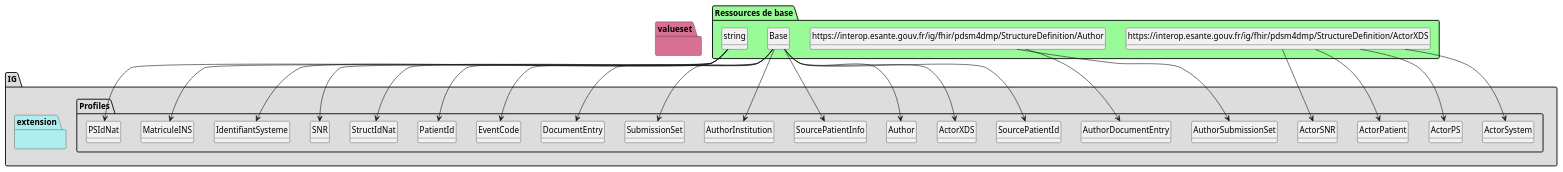
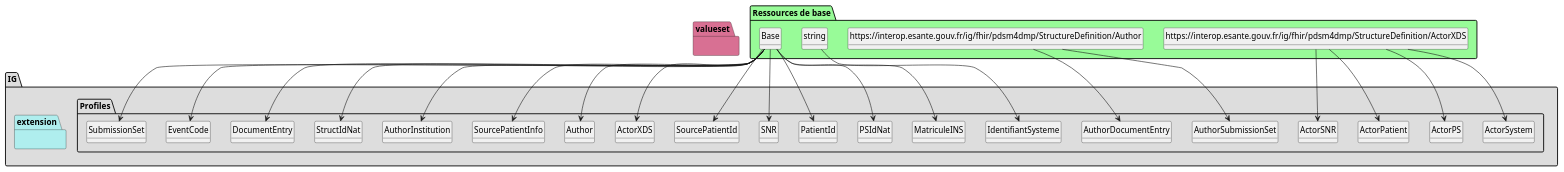
The diagram in add-info-dmp/plantuml/graph.puml (ansforge/IG-FHIR-PDSM4DMP-EEDS), drawn with PlantUML before and after one commit. The commit also changed 399 other files, not shown here.

```diff
--- a/add-info-dmp/plantuml/graph.puml
+++ b/add-info-dmp/plantuml/graph.puml
@@ -154,10 +154,14 @@
 
         class MatriculeINS{
 
+             MatriculeINS => [None..None]
+             MatriculeINS.matriculeINS => [1..1]
         } 
 
         class PSIdNat{
 
+             PSIdNat => [None..None]
+             PSIdNat.PSIdNat => [1..1]
         } 
 
         class PatientId{
@@ -170,6 +174,8 @@
 
         class SNR{
 
+             SNR => [None..None]
+             SNR.SNR => [1..1]
         } 
 
         class SourcePatientId{
@@ -198,6 +204,8 @@
 
         class StructIdNat{
 
+             StructIdNat => [None..None]
+             StructIdNat.StructIdNat => [1..1]
         } 
 
         class SubmissionSet{
@@ -276,21 +284,21 @@
 
     classb45cffe084dd3d20d928bee85e7b0f21 --> IdentifiantSysteme
 
- class "string" as  classb45cffe084dd3d20d928bee85e7b0f21 
+ class "Base" as  class095a1b43effec73955e31e790438de49 
 
-    classb45cffe084dd3d20d928bee85e7b0f21 --> MatriculeINS
+    class095a1b43effec73955e31e790438de49 --> MatriculeINS
 
- class "string" as  classb45cffe084dd3d20d928bee85e7b0f21 
+ class "Base" as  class095a1b43effec73955e31e790438de49 
 
-    classb45cffe084dd3d20d928bee85e7b0f21 --> PSIdNat
+    class095a1b43effec73955e31e790438de49 --> PSIdNat
 
  class "Base" as  class095a1b43effec73955e31e790438de49 
 
     class095a1b43effec73955e31e790438de49 --> PatientId
 
- class "string" as  classb45cffe084dd3d20d928bee85e7b0f21 
+ class "Base" as  class095a1b43effec73955e31e790438de49 
 
-    classb45cffe084dd3d20d928bee85e7b0f21 --> SNR
+    class095a1b43effec73955e31e790438de49 --> SNR
 
  class "Base" as  class095a1b43effec73955e31e790438de49 
 
@@ -300,9 +308,9 @@
 
     class095a1b43effec73955e31e790438de49 --> SourcePatientInfo
 
- class "string" as  classb45cffe084dd3d20d928bee85e7b0f21 
+ class "Base" as  class095a1b43effec73955e31e790438de49 
 
-    classb45cffe084dd3d20d928bee85e7b0f21 --> StructIdNat
+    class095a1b43effec73955e31e790438de49 --> StructIdNat
 
  class "Base" as  class095a1b43effec73955e31e790438de49 
 
```
